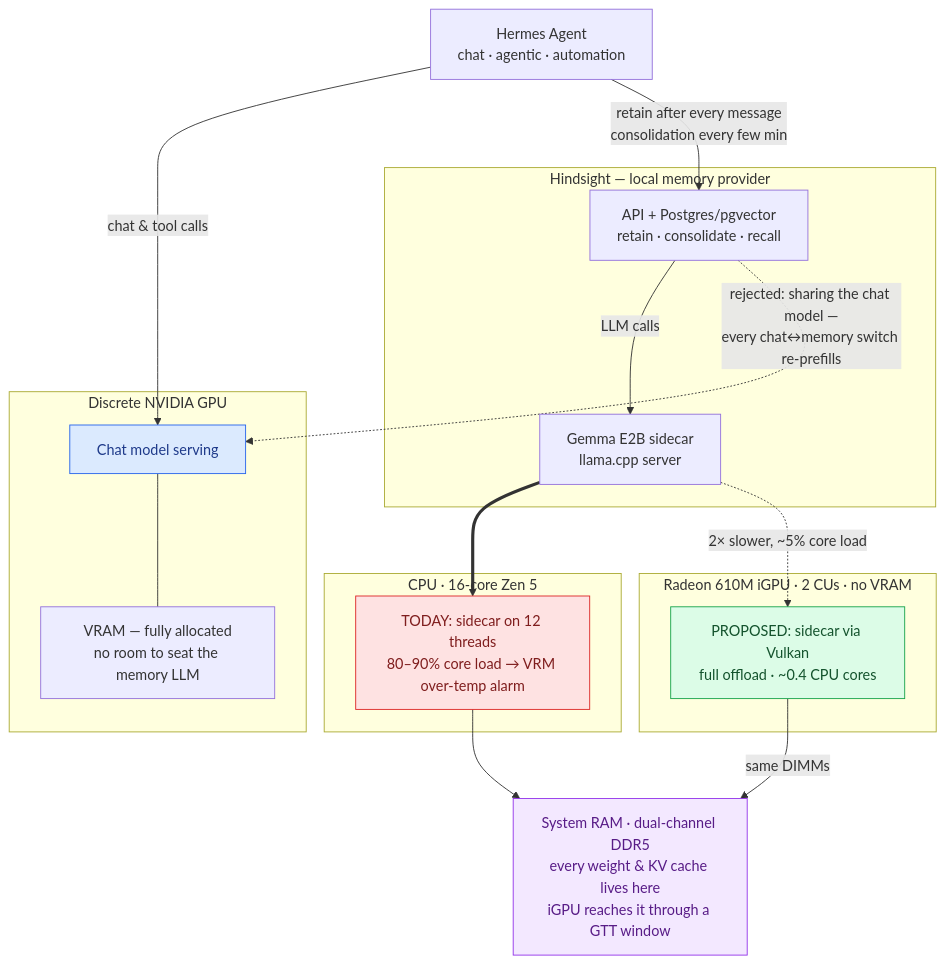
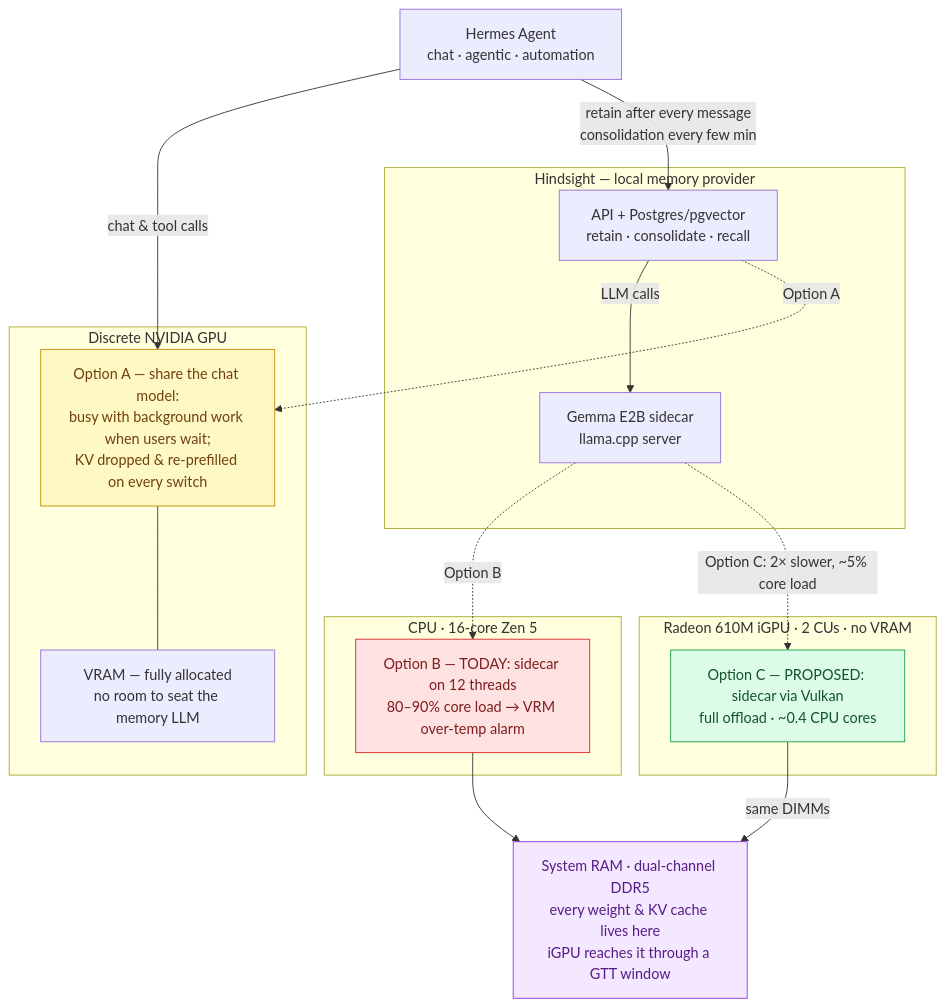
One commit to neo-anderson/radeon-610m-llm-bench changed the diagram in README.md. Above: the diagram before and after it, drawn with Mermaid. The commit also changed other lines of this file, not shown here.

First line of the commit message:
Restructure motivation into Options A/B/C; mirror in diagram

````diff
--- a/README.md
+++ b/README.md
@@ -31,39 +36,39 @@
 ```mermaid
 flowchart TB
     Hermes["Hermes Agent<br/>chat · agentic · automation"]
 
     subgraph dGPU["Discrete NVIDIA GPU"]
-        CHAT["Chat model serving"]
+        CHAT["Option A — share the chat model:<br/>busy with background work when users wait;<br/>KV dropped & re-prefilled on every switch"]
         VRAM["VRAM — fully allocated<br/>no room to seat the memory LLM"]
         CHAT --- VRAM
     end
 
     subgraph MEM["Hindsight — local memory provider"]
         API["API + Postgres/pgvector<br/>retain · consolidate · recall"]
         SIDECAR["Gemma E2B sidecar<br/>llama.cpp server"]
         API -->|"LLM calls"| SIDECAR
     end
 
     subgraph CPU["CPU · 16-core Zen 5"]
-        CORES["TODAY: sidecar on 12 threads<br/>80–90% core load → VRM over-temp alarm"]
+        CORES["Option B — TODAY: sidecar on 12 threads<br/>80–90% core load → VRM over-temp alarm"]
     end
 
     subgraph IGPU["Radeon 610M iGPU · 2 CUs · no VRAM"]
-        TARGET["PROPOSED: sidecar via Vulkan<br/>full offload · ~0.4 CPU cores"]
+        TARGET["Option C — PROPOSED: sidecar via Vulkan<br/>full offload · ~0.4 CPU cores"]
     end
 
     RAM["System RAM · dual-channel DDR5<br/>every weight & KV cache lives here<br/>iGPU reaches it through a GTT window"]
 
     Hermes -->|"chat & tool calls"| CHAT
     Hermes -->|"retain after every message<br/>consolidation every few min"| API
-    SIDECAR ==> CORES
-    SIDECAR -.->|"2× slower, ~5% core load"| TARGET
+    SIDECAR -.->|"Option B"| CORES
+    SIDECAR -.->|"Option C: 2× slower, ~5% core load"| TARGET
+    API -.->|"Option A"| CHAT
     CORES --> RAM
     TARGET -->|"same DIMMs"| RAM
-    API -.->|"rejected: sharing the chat model —<br/>every chat↔memory switch re-prefills"| CHAT
 
     style CORES fill:#fee2e2,stroke:#dc2626,color:#7f1d1d
     style TARGET fill:#dcfce7,stroke:#16a34a,color:#14532d
-    style CHAT fill:#dbeafe,stroke:#2563eb,color:#1e3a8a
+    style CHAT fill:#fef9c3,stroke:#ca8a04,color:#713f12
     style RAM fill:#f3e8ff,stroke:#9333ea,color:#581c87
 ```
````
